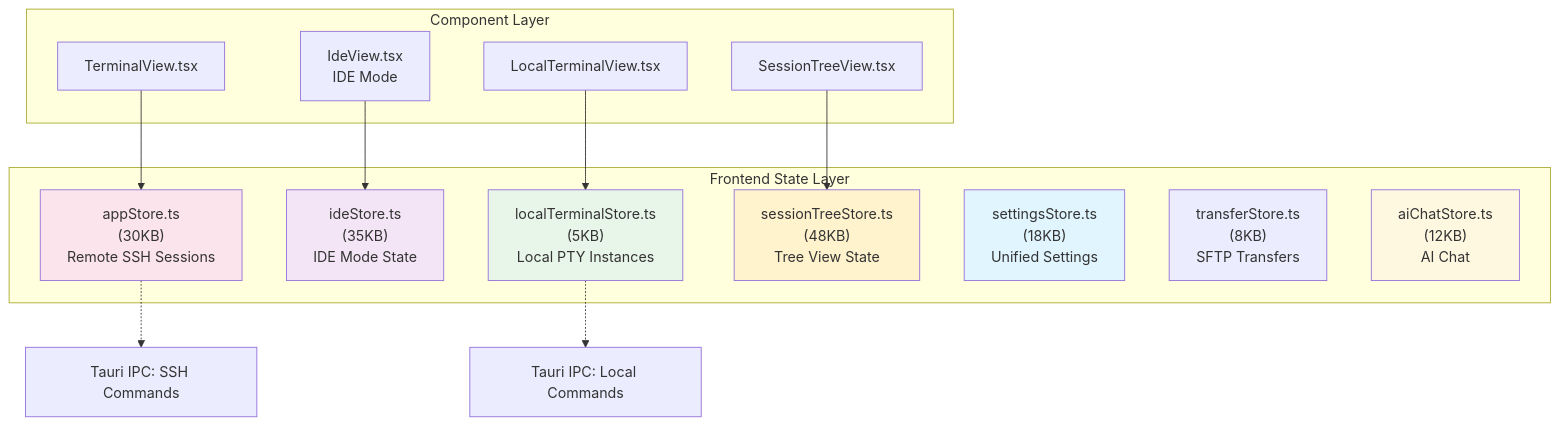
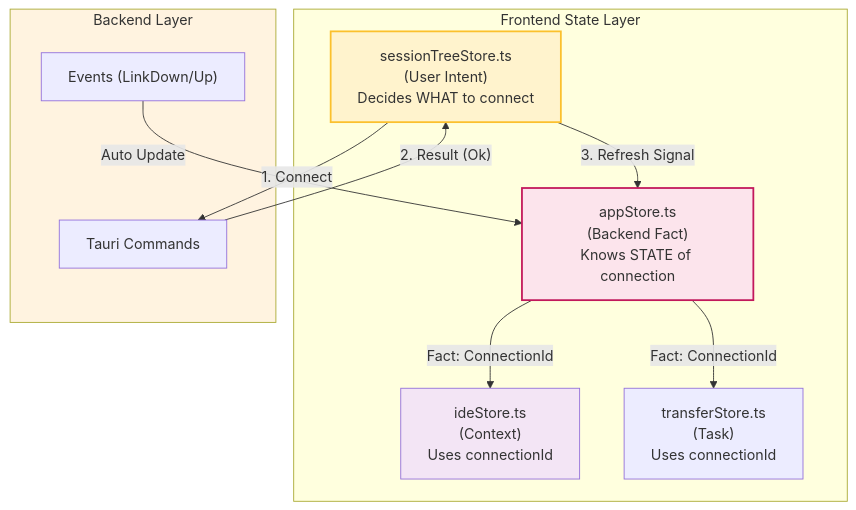
One commit to AnalyseDeCircuit/OxideTerm changed the ninth of 18 diagrams in docs/ARCHITECTURE.md. Above: the diagram before and after it, drawn with Mermaid. The commit also changed other lines of this file and 21 other files, not shown here.

````diff
--- a/docs/ARCHITECTURE.md
+++ b/docs/ARCHITECTURE.md
@@ -1035,34 +1040,28 @@
 ```mermaid
 flowchart TB
     subgraph Frontend ["Frontend State Layer"]
-        AppStore["appStore.ts<br/>(30KB)<br/>Remote SSH Sessions"]
-        IdeStore["ideStore.ts<br/>(35KB)<br/>IDE Mode State"]
-        LocalStore["localTerminalStore.ts<br/>(5KB)<br/>Local PTY Instances"]
-        SessionTree["sessionTreeStore.ts<br/>(48KB)<br/>Tree View State"]
-        Settings["settingsStore.ts<br/>(18KB)<br/>Unified Settings"]
-        Transfer["transferStore.ts<br/>(8KB)<br/>SFTP Transfers"]
-        AiChat["aiChatStore.ts<br/>(12KB)<br/>AI Chat"]
+        SessionTree["sessionTreeStore.ts<br/>(User Intent)<br/>Decides WHAT to connect"]
+        AppStore["appStore.ts<br/>(Backend Fact)<br/>Knows STATE of connection"]
+        
+        IdeStore["ideStore.ts<br/>(Context)<br/>Uses connectionId"]
+        Transfer["transferStore.ts<br/>(Task)<br/>Uses connectionId"]
+        
+        SessionTree -- "3. Refresh Signal" --> AppStore
+        AppStore -- "Fact: ConnectionId" --> IdeStore
+        AppStore -- "Fact: ConnectionId" --> Transfer
     end
 
-    subgraph Components ["Component Layer"]
-        TermView["TerminalView.tsx"]
-        LocalView["LocalTerminalView.tsx"]
-        IdeView["IdeView.tsx<br/>IDE Mode"]
-        TreeUI["SessionTreeView.tsx"]
+    subgraph Backend ["Backend Layer"]
+        RPC["Tauri Commands"]
+        Events["Events (LinkDown/Up)"]
     end
 
-    TermView --> AppStore
-    LocalView --> LocalStore
-    IdeView --> IdeStore
-    TreeUI --> SessionTree
+    SessionTree -- "1. Connect" --> RPC
+    RPC -- "2. Result (Ok)" --> SessionTree
+    Events -- "Auto Update" --> AppStore
 
-    AppStore -.-> Backend1["Tauri IPC: SSH Commands"]
-    LocalStore -.-> Backend2["Tauri IPC: Local Commands"]
-    
-    style AppStore fill:#fce4ec
+    style AppStore fill:#fce4ec,stroke:#c2185b,stroke-width:2px
+    style SessionTree fill:#fff3cd,stroke:#fbc02d,stroke-width:2px
     style IdeStore fill:#f3e5f5
-    style LocalStore fill:#e8f5e9
-    style SessionTree fill:#fff3cd
-    style Settings fill:#e1f5ff
-    style AiChat fill:#fff8e1
+    style Backend fill:#fff3e0
 ```
````
